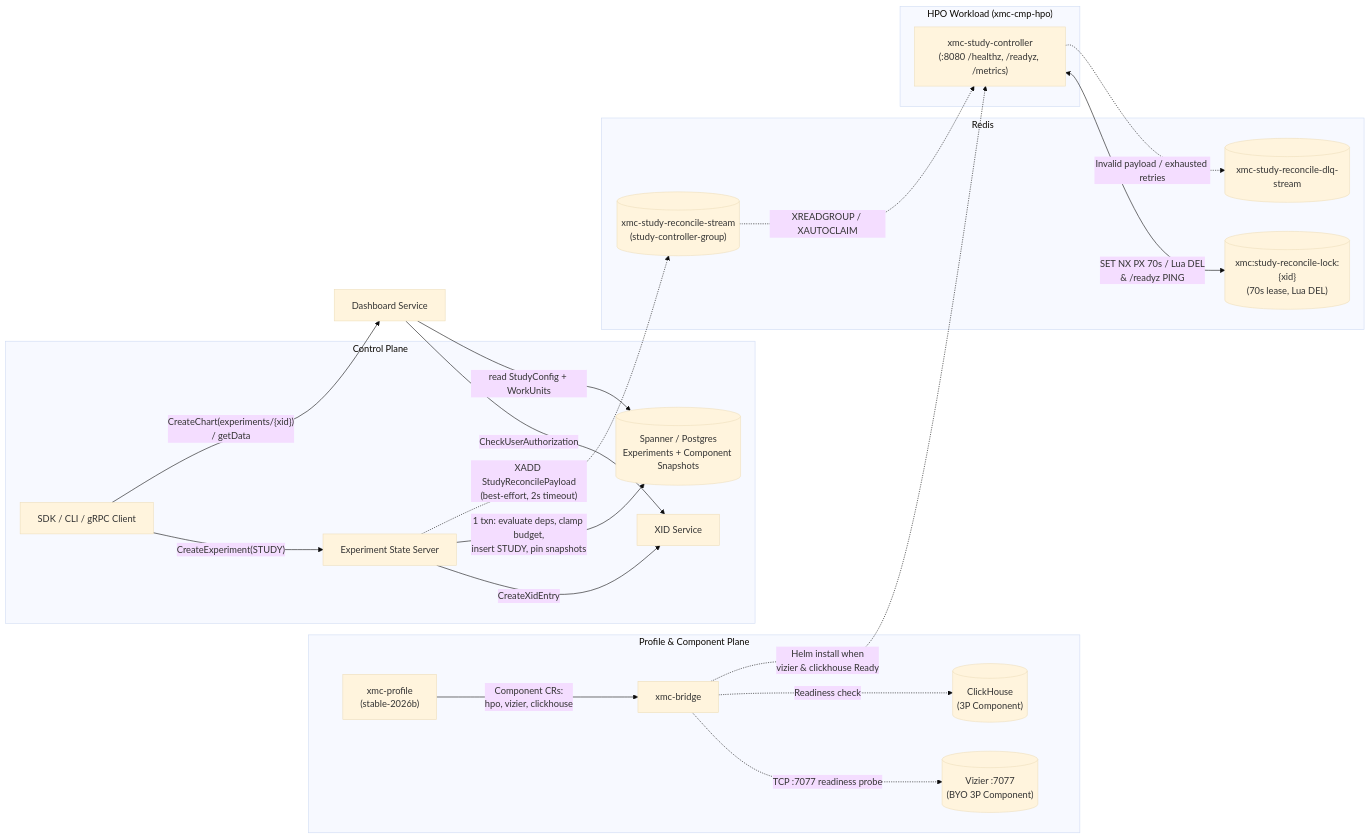
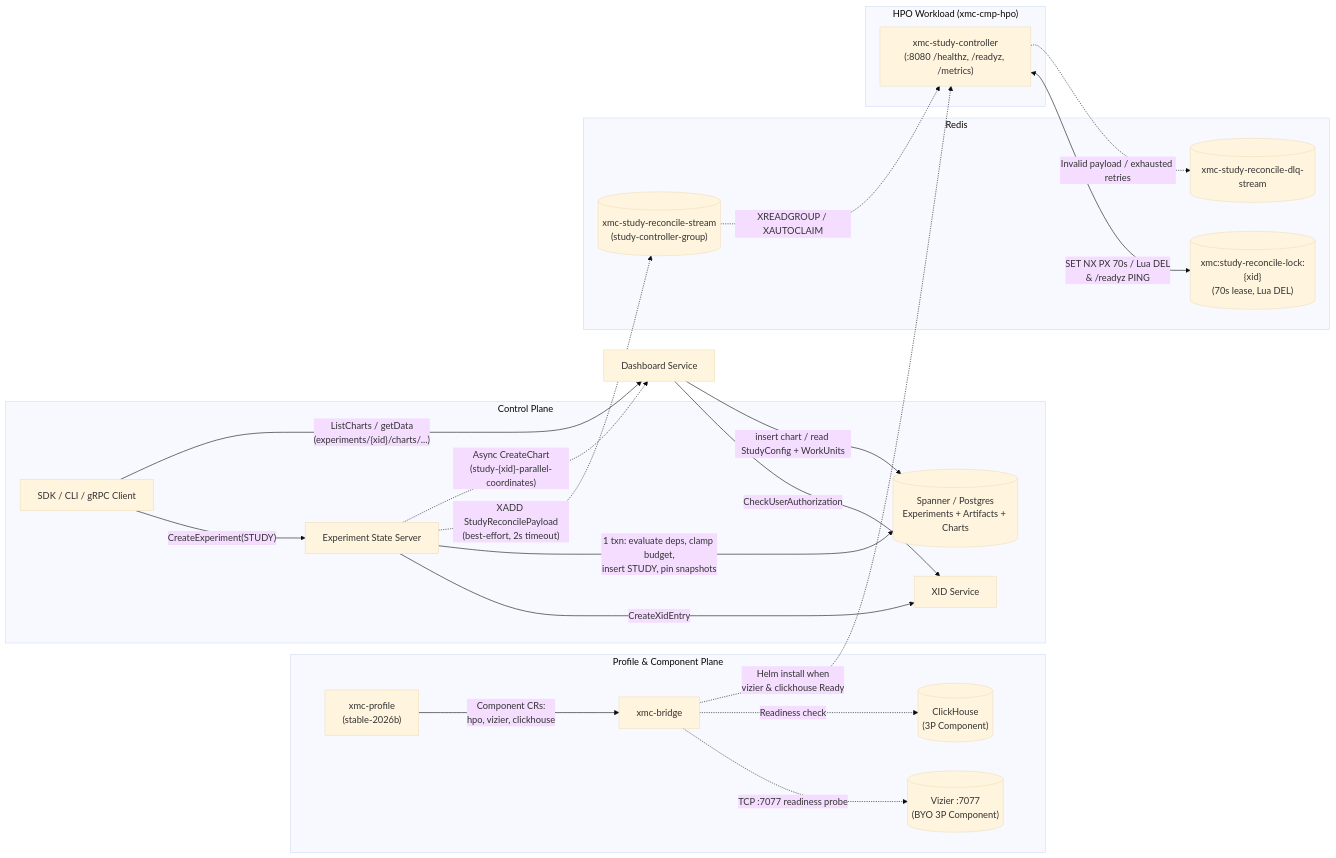
Before and after one commit to google/xmc: the first of 3 diagrams in docs/flows/study_lifecycle.md, drawn with Mermaid (base theme). The commit also changed other lines of this file and 19 other files, not shown here.

````diff
--- a/docs/flows/study_lifecycle.md
+++ b/docs/flows/study_lifecycle.md
@@ -27,46 +29,47 @@
 ```mermaid
 flowchart LR
     subgraph Admin["Profile & Component Plane"]
         Prof["xmc-profile<br/>(stable-2026b)"]
         Bridge["xmc-bridge"]
         Viz[("Vizier :7077<br/>(BYO 3P Component)")]
         CH[("ClickHouse<br/>(3P Component)")]
     end
 
     subgraph Control["Control Plane"]
         Client["SDK / CLI / gRPC Client"]
         ESS["Experiment State Server"]
         XID["XID Service"]
-        DB[("Spanner / Postgres<br/>Experiments + Component Snapshots")]
+        DB[("Spanner / Postgres<br/>Experiments + Artifacts + Charts")]
     end
 
     subgraph Bus["Redis"]
         Stream[("xmc-study-reconcile-stream<br/>(study-controller-group)")]
         Lock[("xmc:study-reconcile-lock:{xid}<br/>(70s lease, Lua DEL)")]
         DLQ[("xmc-study-reconcile-dlq-stream")]
     end
 
     subgraph HPO["HPO Workload (xmc-cmp-hpo)"]
         SC["xmc-study-controller<br/>(:8080 /healthz, /readyz, /metrics)"]
     end
 
     DS["Dashboard Service"]
 
     Prof -->|"Component CRs:<br/>hpo, vizier, clickhouse"| Bridge
     Bridge -.->|"TCP :7077 readiness probe"| Viz
     Bridge -.->|"Readiness check"| CH
     Bridge -.->|"Helm install when<br/>vizier & clickhouse Ready"| SC
 
     Client -->|"CreateExperiment(STUDY)"| ESS
     ESS -->|"CreateXidEntry"| XID
     ESS -->|"1 txn: evaluate deps, clamp budget,<br/>insert STUDY, pin snapshots"| DB
     ESS -.->|"XADD StudyReconcilePayload<br/>(best-effort, 2s timeout)"| Stream
+    ESS -.->|"Async CreateChart<br/>(study-{xid}-parallel-coordinates)"| DS
 
     Stream -.->|"XREADGROUP / XAUTOCLAIM"| SC
     SC <-->|"SET NX PX 70s / Lua DEL<br/>& /readyz PING"| Lock
     SC -.->|"Invalid payload / exhausted retries"| DLQ
 
-    Client -->|"CreateChart(experiments/{xid})<br/>/ getData"| DS
+    Client -->|"ListCharts / getData<br/>(experiments/{xid}/charts/...)"| DS
     DS -->|"CheckUserAuthorization"| XID
-    DS -->|"read StudyConfig + WorkUnits"| DB
+    DS -->|"insert chart / read StudyConfig + WorkUnits"| DB
 ```
````
